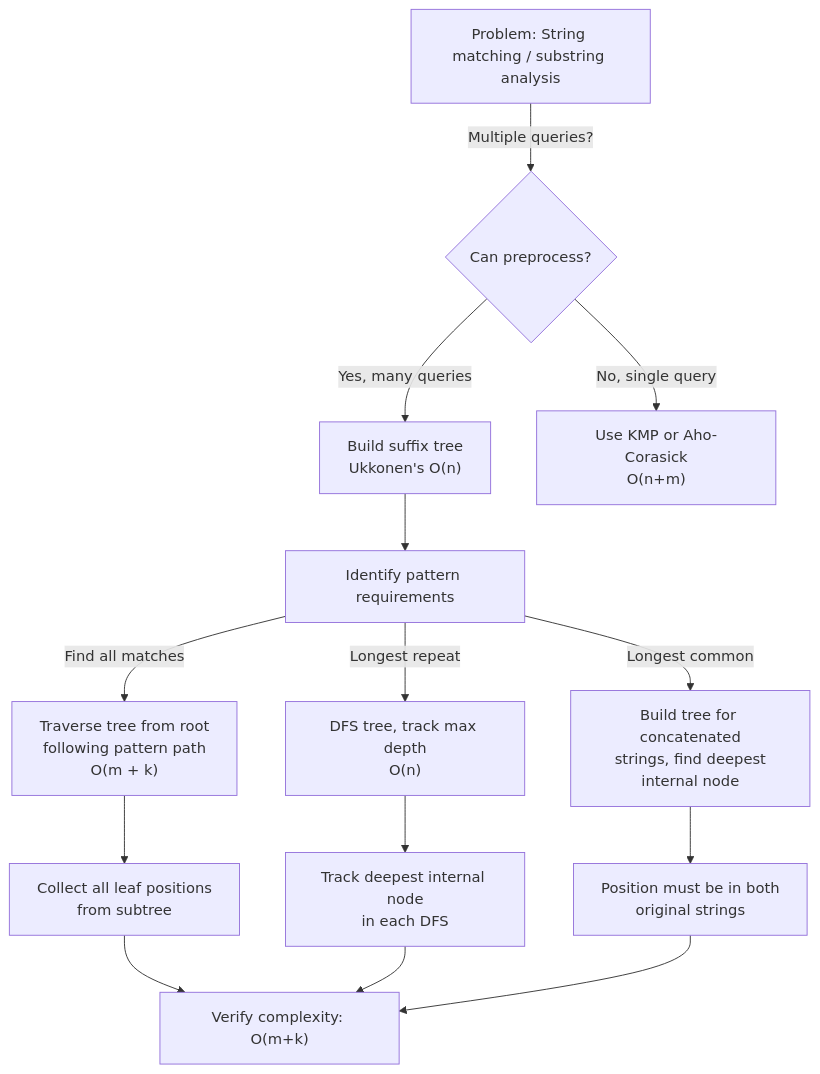
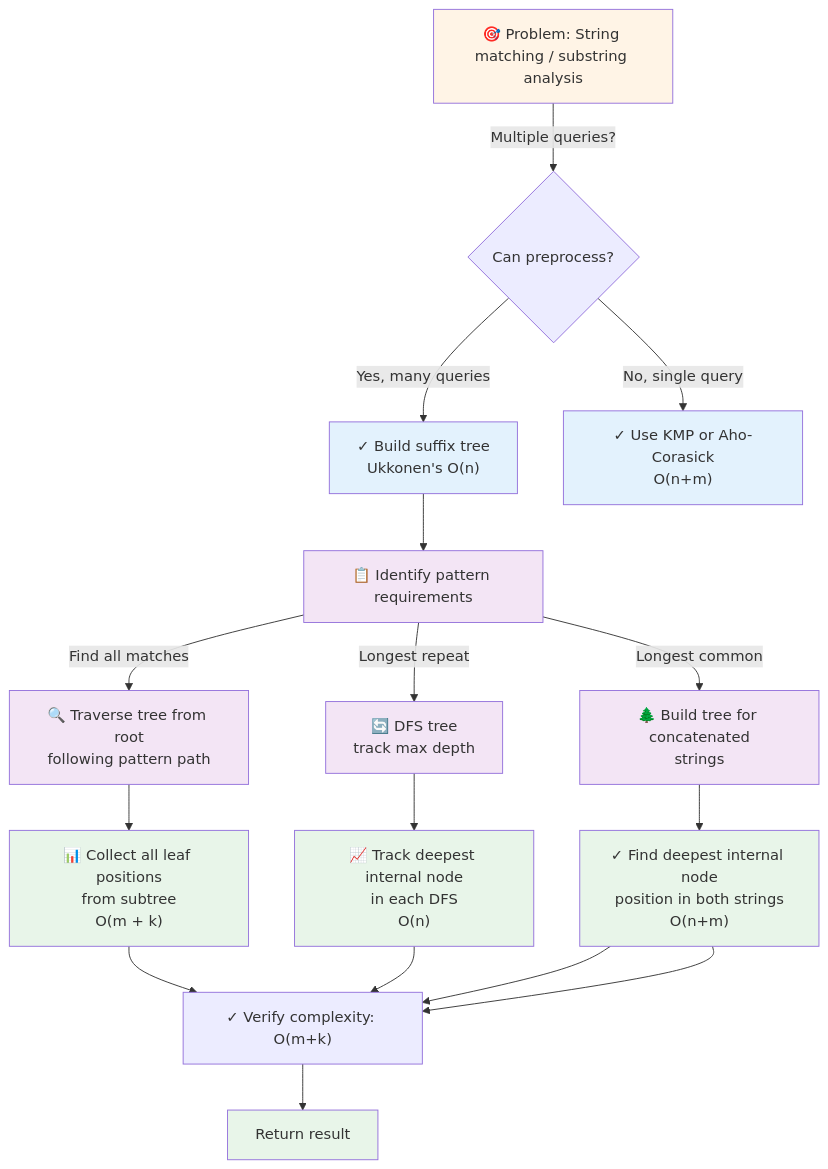
The first of 4 diagrams in docs/advanced_ds/suffix_tree.md (souradeepta/interviewprep), drawn with Mermaid before and after one commit. The commit also changed other lines of this file and 35 other files, not shown here.

First line of the commit message:
Enhance all documentation with comprehensive Mermaid flowcharts and visualizations

````diff
--- a/docs/advanced_ds/suffix_tree.md
+++ b/docs/advanced_ds/suffix_tree.md
@@ -87,16 +87,30 @@
 ```mermaid
 flowchart TD
-    A["Problem: String matching / substring analysis"] -->|Multiple queries?| B{Can preprocess?}
-    B -->|Yes, many queries| C["Build suffix tree<br/>Ukkonen's O(n)"]
-    B -->|No, single query| D["Use KMP or Aho-Corasick<br/>O(n+m)"]
-    C --> E["Identify pattern requirements"]
-    E -->|Find all matches| F["Traverse tree from root<br/>following pattern path<br/>O(m + k)"]
-    E -->|Longest repeat| G["DFS tree, track max depth<br/>O(n)"]
-    E -->|Longest common| H["Build tree for concatenated<br/>strings, find deepest<br/>internal node"]
-    F --> I["Collect all leaf positions<br/>from subtree"]
-    G --> J["Track deepest internal node<br/>in each DFS"]
-    H --> K["Position must be in both<br/>original strings"]
-    I --> L["Verify complexity: O(m+k)"]
+    A["🎯 Problem: String matching / substring analysis"] -->|Multiple queries?| B{Can preprocess?}
+    B -->|Yes, many queries| C["✓ Build suffix tree<br/>Ukkonen's O(n)"]
+    B -->|No, single query| D["✓ Use KMP or Aho-Corasick<br/>O(n+m)"]
+    C --> E["📋 Identify pattern requirements"]
+    E -->|Find all matches| F["🔍 Traverse tree from root<br/>following pattern path"]
+    E -->|Longest repeat| G["🔄 DFS tree<br/>track max depth"]
+    E -->|Longest common| H["🌲 Build tree for concatenated<br/>strings"]
+    F --> I["📊 Collect all leaf positions<br/>from subtree<br/>O(m + k)"]
+    G --> J["📈 Track deepest internal node<br/>in each DFS<br/>O(n)"]
+    H --> K["✓ Find deepest internal node<br/>position in both strings<br/>O(n+m)"]
+    I --> L["✓ Verify complexity: O(m+k)"]
     J --> L
     K --> L
+    L --> M["Return result"]
+    
+    style A fill:#fff4e6
+    style C fill:#e3f2fd
+    style D fill:#e3f2fd
+    style E fill:#f3e5f5
+    style F fill:#f3e5f5
+    style G fill:#f3e5f5
+    style H fill:#f3e5f5
+    style I fill:#e8f5e9
+    style J fill:#e8f5e9
+    style K fill:#e8f5e9
+    style M fill:#e8f5e9
+    K --> L
 ```
````
